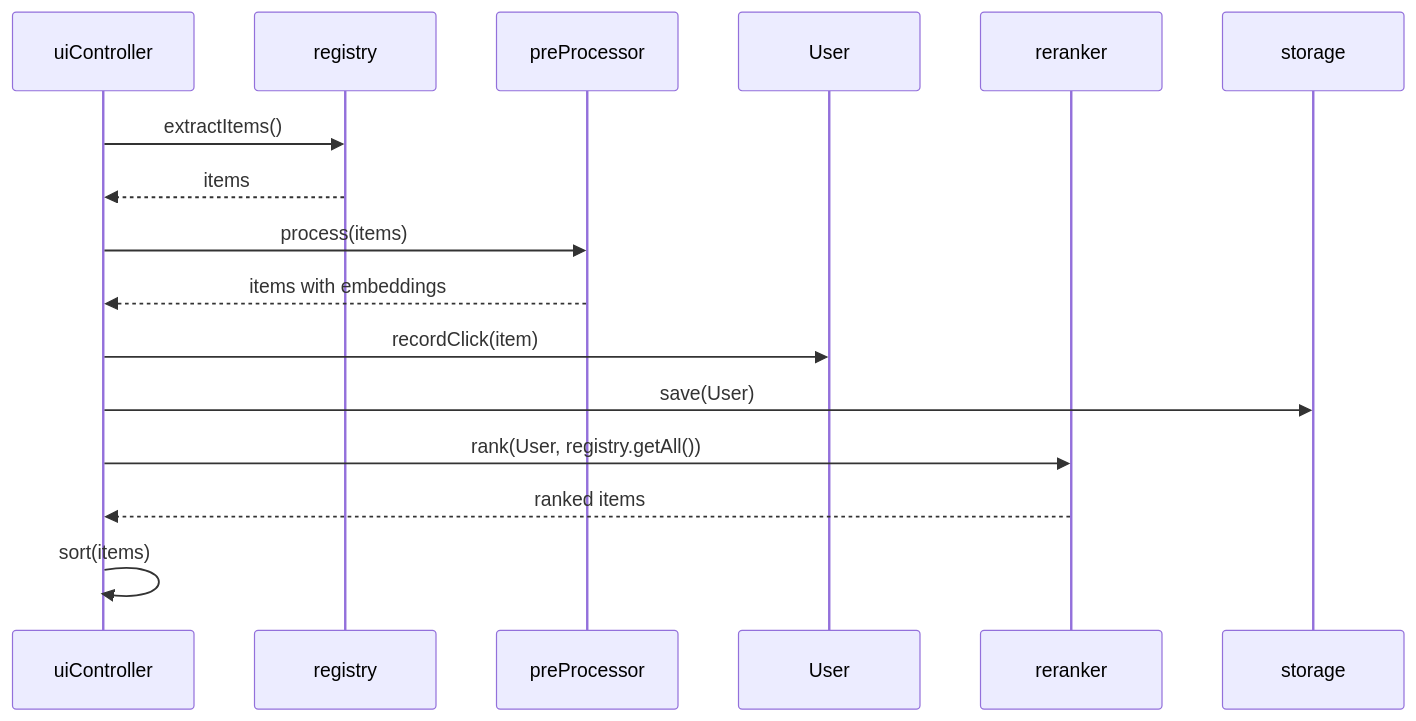
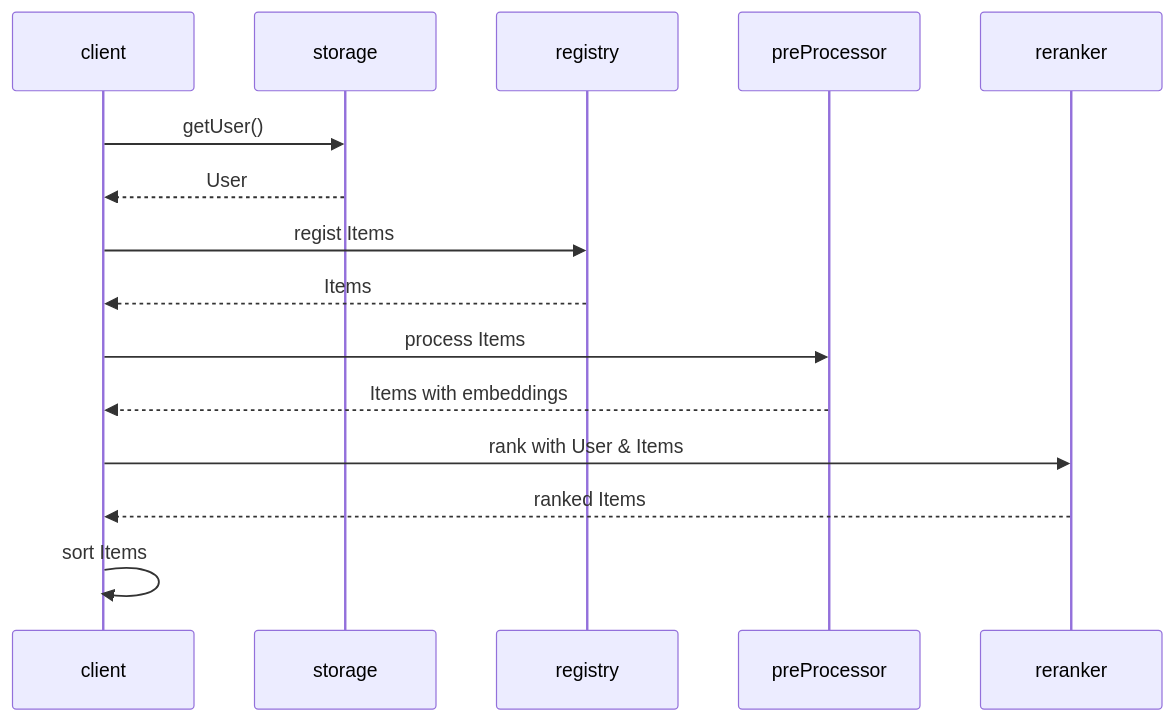
One commit to avengerandy/REI changed the fourth of 7 diagrams in README.md. Above: the diagram before and after it, drawn with Mermaid. The commit also changed other lines of this file and 7 other files, not shown here.

````diff
--- a/README.md
+++ b/README.md
@@ -174,19 +167,18 @@
 ```mermaid
 sequenceDiagram
-    participant UI as uiController
+    participant UI as client
+    participant Store as storage
     participant Reg as registry
     participant Proc as preProcessor
-    participant User as User
     participant Rank as reranker
-    participant Store as storage
 
-    UI->>Reg: extractItems()
-    Reg-->>UI: items
-    UI->>Proc: process(items)
-    Proc-->>UI: items with embeddings
-    UI->>User: recordClick(item)
-    UI->>Store: save(User)
-    UI->>Rank: rank(User, registry.getAll())
-    Rank-->>UI: ranked items
-    UI->>UI: sort(items)
+    UI->>Store: getUser()
+    Store-->>UI: User
+    UI->>Reg: regist Items
+    Reg-->>UI: Items
+    UI->>Proc: process Items
+    Proc-->>UI: Items with embeddings
+    UI->>Rank: rank with User & Items
+    Rank-->>UI: ranked Items
+    UI->>UI: sort Items
 ```
````
